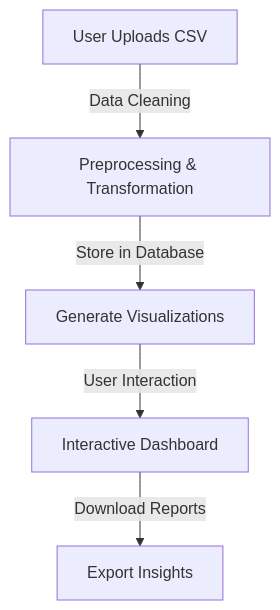
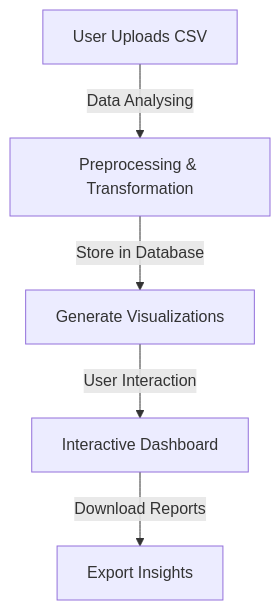
One commit to Arya202004/Data_Drishti changed the diagram in README.md. Above: the diagram before and after it, drawn with Mermaid. The commit also changed other lines of this file, not shown here.

````diff
--- a/README.md
+++ b/README.md
@@ -87,7 +105,9 @@
 ```mermaid
+
 graph TD;
-    A[User Uploads CSV] -->|Data Cleaning| B[Preprocessing & Transformation];
+    A[User Uploads CSV] -->|Data Analysing| B[Preprocessing & Transformation];
     B -->|Store in Database| C[Generate Visualizations];
     C -->|User Interaction| D[Interactive Dashboard];
-    D -->|Download Reports| E[Export Insights];
+    D -->|Download Reports| E[Export Insights];
+
 ```
````
